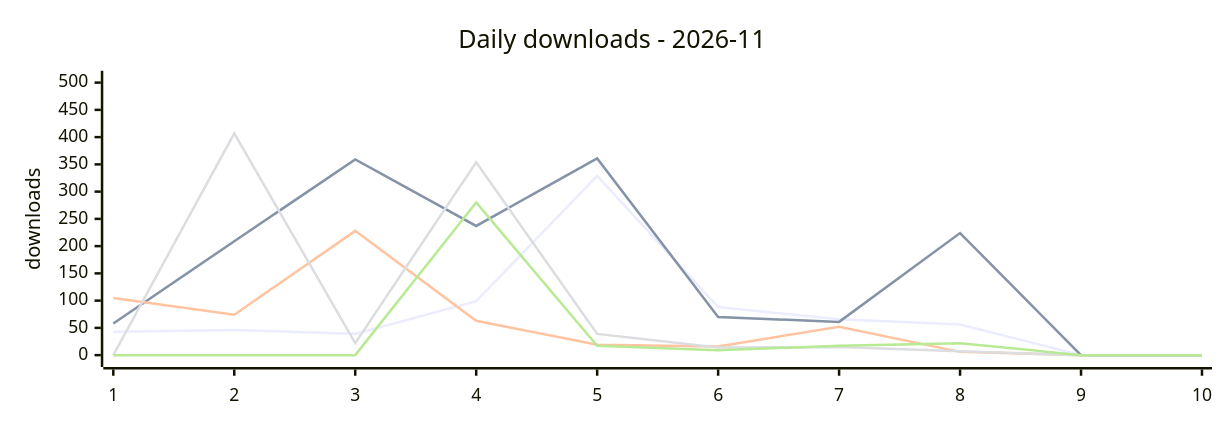
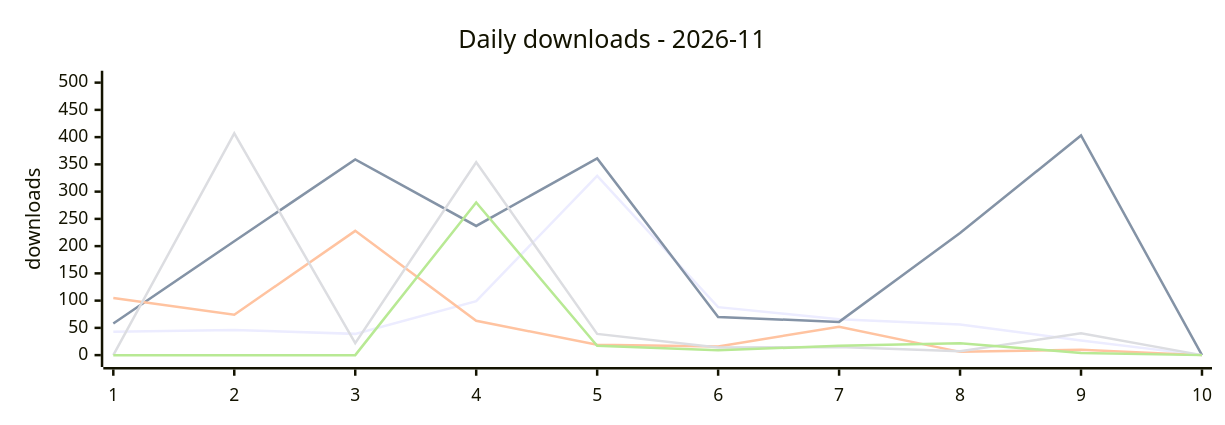
The first of 2 diagrams in DASHBOARD.md (terry2010/npm-downloads-tracker), drawn with Mermaid before and after one commit. The commit also changed other lines of this file and 1 other file, not shown here.

````diff
--- a/DASHBOARD.md
+++ b/DASHBOARD.md
@@ -25,12 +25,12 @@
 ```mermaid
 %%{init: {'xyChart': {'width': 960, 'height': 320}}}%%
 xychart-beta
     title "Daily downloads - 2026-11"
     x-axis ["1", "2", "3", "4", "5", "6", "7", "8", "9", "10"]
     y-axis "downloads" 0 --> 500
-    line "dsh-loop-recover" [43, 46, 39, 99, 329, 88, 66, 56, 0, 0]
-    line "dsh-rss-news-daily" [58, 209, 359, 237, 361, 70, 61, 224, 0, 0]
-    line "opencode-loop-recover" [105, 74, 228, 63, 19, 16, 52, 6, 0, 0]
-    line "oc-market-quail-zephyr-72a0" [0, 407, 22, 354, 39, 14, 15, 7, 0, 0]
-    line "awesome-opencode-market" [0, 0, 0, 280, 17, 9, 17, 22, 0, 0]
+    line "dsh-loop-recover" [43, 46, 39, 99, 329, 88, 66, 56, 27, 0]
+    line "dsh-rss-news-daily" [58, 209, 359, 237, 361, 70, 61, 224, 403, 0]
+    line "opencode-loop-recover" [105, 74, 228, 63, 19, 16, 52, 6, 10, 0]
+    line "oc-market-quail-zephyr-72a0" [0, 407, 22, 354, 39, 14, 15, 7, 40, 0]
+    line "awesome-opencode-market" [0, 0, 0, 280, 17, 9, 17, 22, 4, 0]
 ```
````
